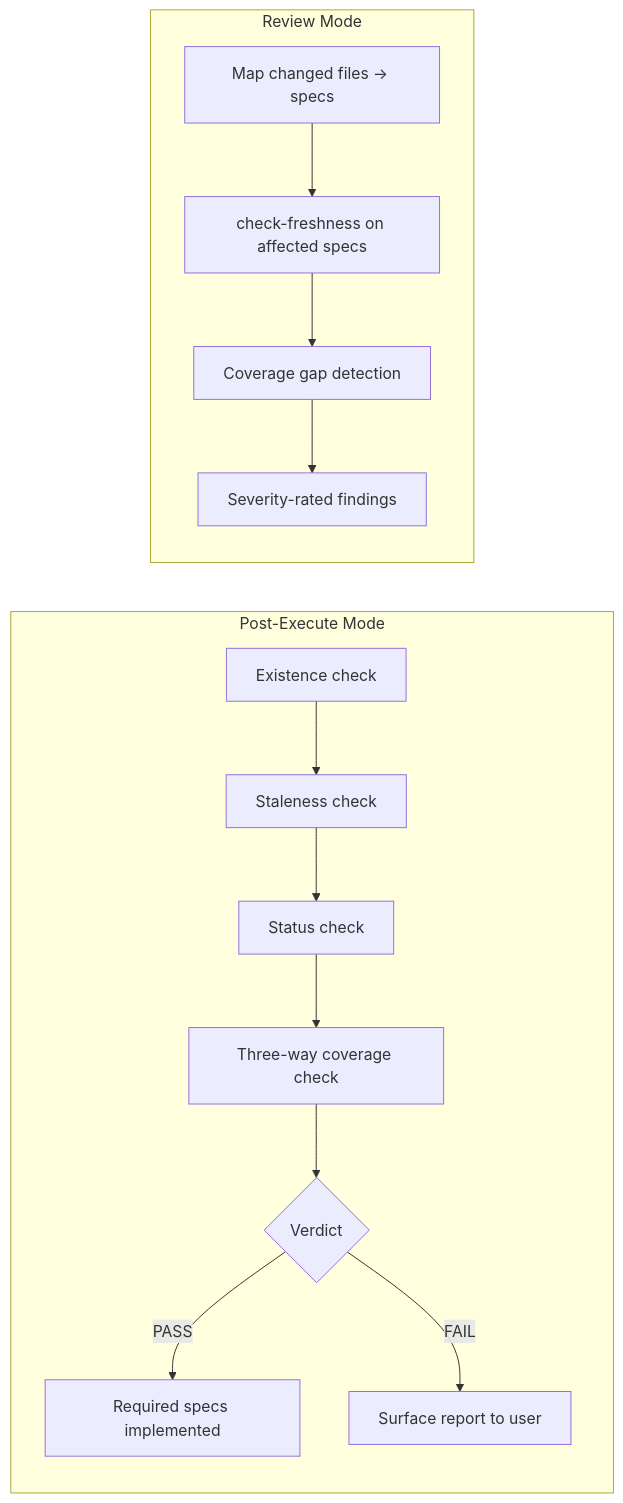
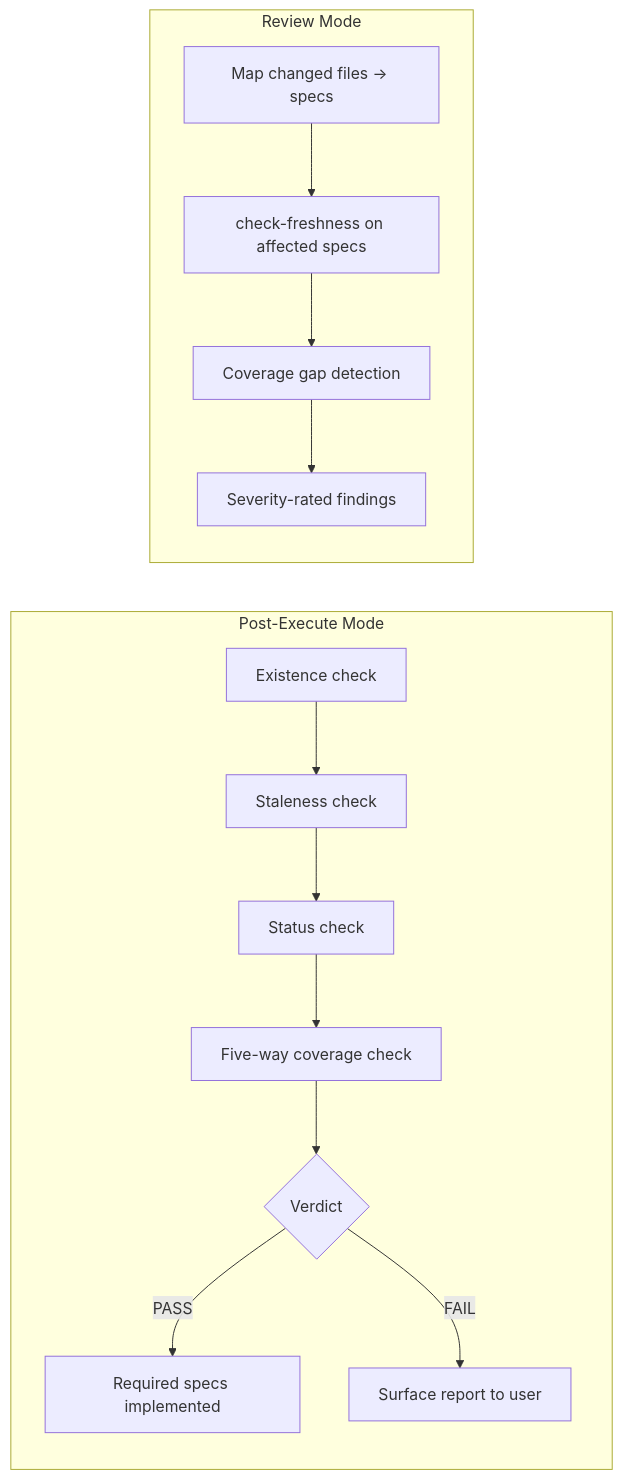
One commit to woodrowpearson/doc-superpowers changed the eighth of 10 diagrams in docs/workflows/doc-superpowers.md. Above: the diagram before and after it, drawn with Mermaid. The commit also changed other lines of this file and 7 other files, not shown here.

First line of the commit message:
fix(docs): update coverage check references from three-way to five-way

````diff
--- a/docs/workflows/doc-superpowers.md
+++ b/docs/workflows/doc-superpowers.md
@@ -609,16 +611,16 @@
 ```mermaid
 flowchart LR
   subgraph PE["Post-Execute Mode"]
     A["Existence check"] --> B["Staleness check"]
     B --> C["Status check"]
-    C --> D["Three-way coverage check"]
+    C --> D["Five-way coverage check"]
     D --> E{Verdict}
     E -->|PASS| F["Required specs implemented"]
     E -->|FAIL| G["Surface report to user"]
   end
   subgraph RM["Review Mode"]
     H["Map changed files → specs"] --> I["check-freshness on affected specs"]
     I --> J["Coverage gap detection"]
     J --> K["Severity-rated findings"]
   end
 ```
````
